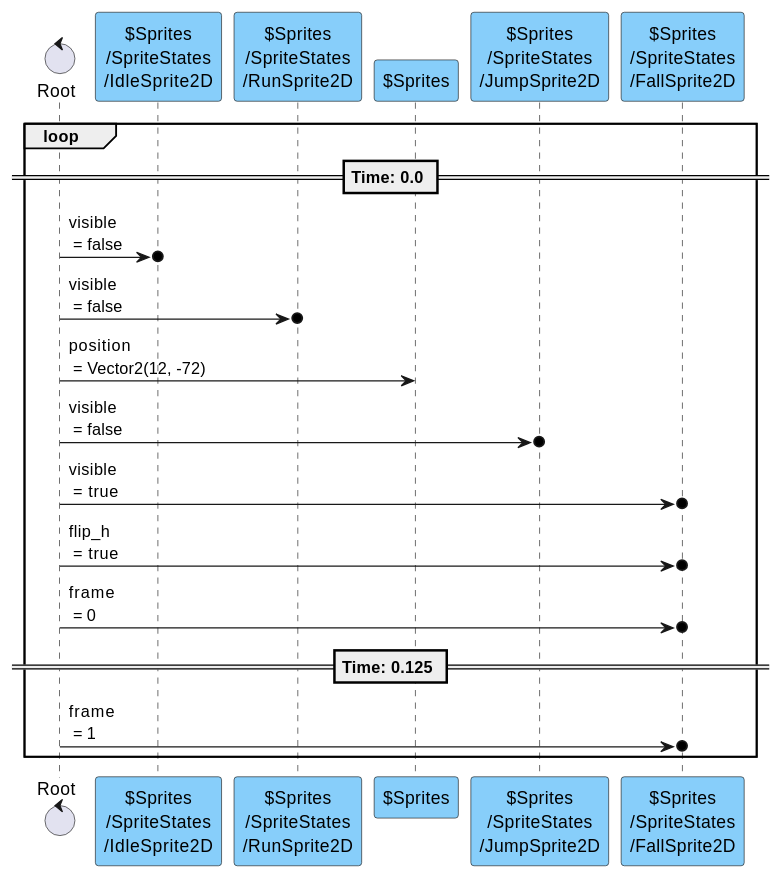
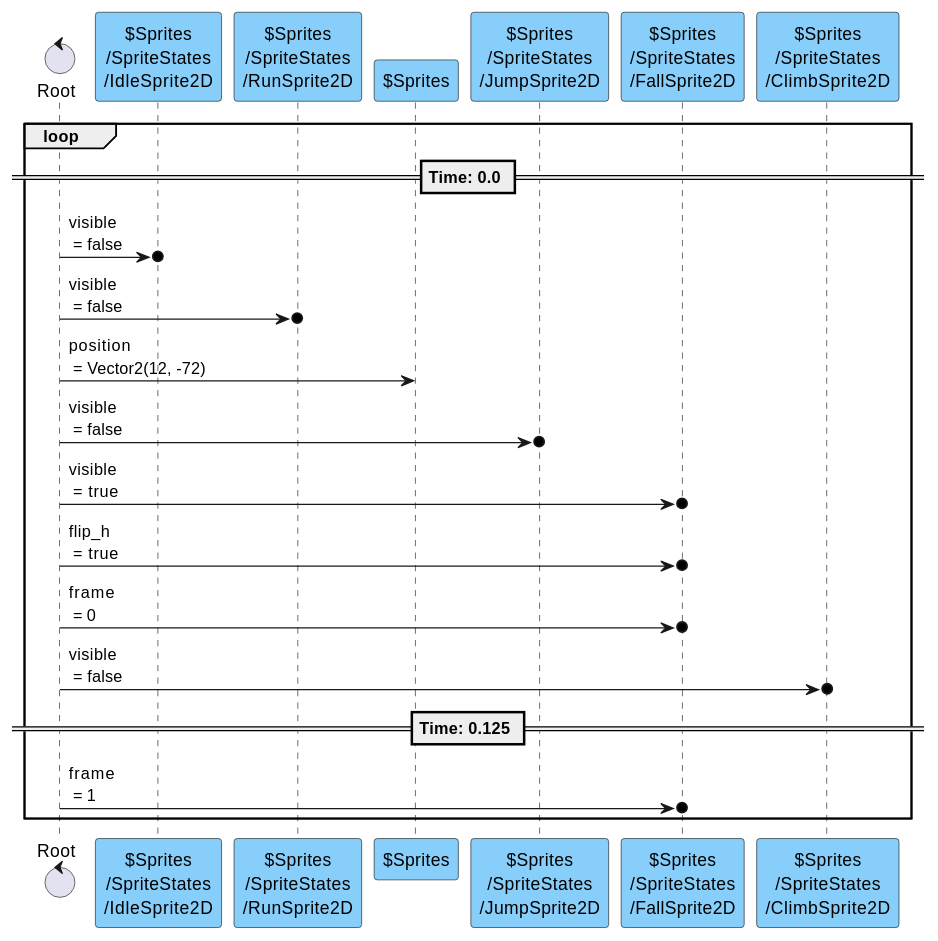
One commit to tkmfujise/Platformer-Game-Learning changed the seventh of 13 diagrams in content/scenes/src/player/player.tscn.adoc. Above: the diagram before and after it, drawn with PlantUML. The commit also changed other lines of this file and 211 other files, not shown here.

```diff
--- a/content/scenes/src/player/player.tscn.adoc
+++ b/content/scenes/src/player/player.tscn.adoc
@@ -553,24 +645,26 @@
 [plantuml]
 ....
 control "Root" as R
 participant "$Sprites\n/SpriteStates\n/IdleSprite2D" as T0 #87CEFA
 participant "$Sprites\n/SpriteStates\n/RunSprite2D" as T1 #87CEFA
 participant "$Sprites" as T2 #87CEFA
 participant "$Sprites\n/SpriteStates\n/JumpSprite2D" as T3 #87CEFA
 participant "$Sprites\n/SpriteStates\n/FallSprite2D" as T4 #87CEFA
+participant "$Sprites\n/SpriteStates\n/ClimbSprite2D" as T7 #87CEFA
 
 
 loop
 == Time: 0.0 ==
 R  ->o  T0 : visible\n = false
 R  ->o  T1 : visible\n = false
 R  ->  T2 : position\n = Vector2(12, -72)
 R  ->o  T3 : visible\n = false
 R  ->o  T4 : visible\n = true
 R  ->o  T4 : flip_h\n = true
 R  ->o  T4 : frame\n = 0
+R  ->o  T7 : visible\n = false
 == Time: 0.125 ==
 R  ->o  T4 : frame\n = 1
 
 end
 ....
```
